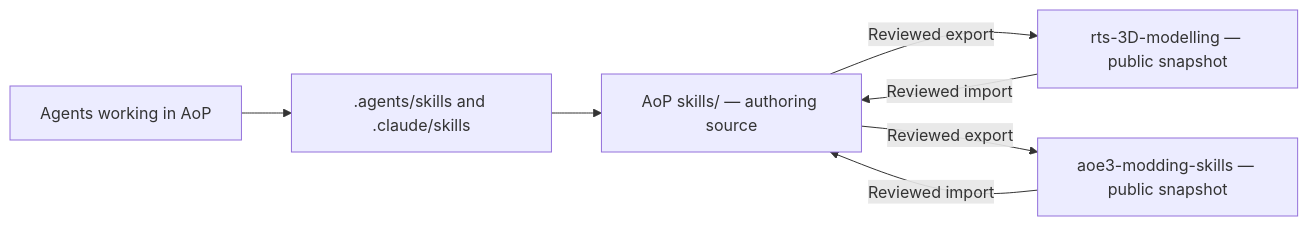
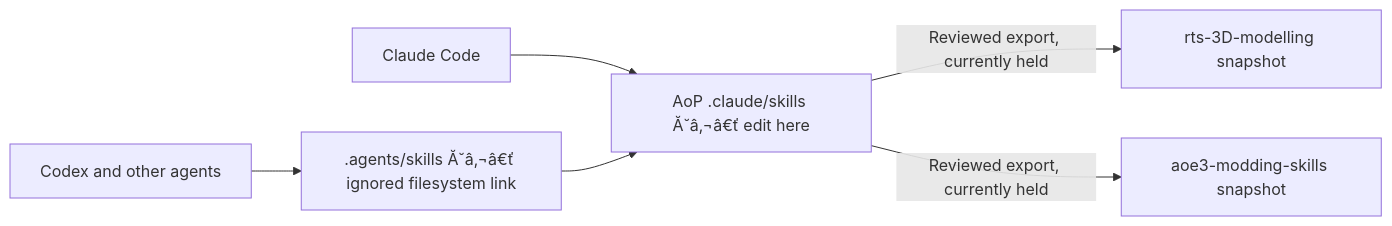
Before and after one commit to rostislavpeska/age-of-pirates: the diagram in docs/skill-system-architecture.md, drawn with Mermaid. The commit also changed other lines of this file and 150 other files, not shown here.

Commit message:
Make Claude skills the canonical AoP library

````diff
--- a/docs/skill-system-architecture.md
+++ b/docs/skill-system-architecture.md
@@ -21,9 +20,8 @@
 ```mermaid
 flowchart LR
-    Agents["Agents working in AoP"] --> Links[".agents/skills and .claude/skills"]
-    Links --> Source["AoP skills/ — authoring source"]
-    Source -->|Reviewed export| ThreeD["rts-3D-modelling — public snapshot"]
-    Source -->|Reviewed export| AoE["aoe3-modding-skills — public snapshot"]
-    ThreeD -->|Reviewed import| Source
-    AoE -->|Reviewed import| Source
+    Claude["Claude Code"] --> Source["AoP .claude/skills Ă˘â‚¬â€ť edit here"]
+    Codex["Codex and other agents"] --> Link[".agents/skills Ă˘â‚¬â€ť ignored filesystem link"]
+    Link --> Source
+    Source -->|Reviewed export, currently held| ThreeD["rts-3D-modelling snapshot"]
+    Source -->|Reviewed export, currently held| AoE["aoe3-modding-skills snapshot"]
 ```
````
